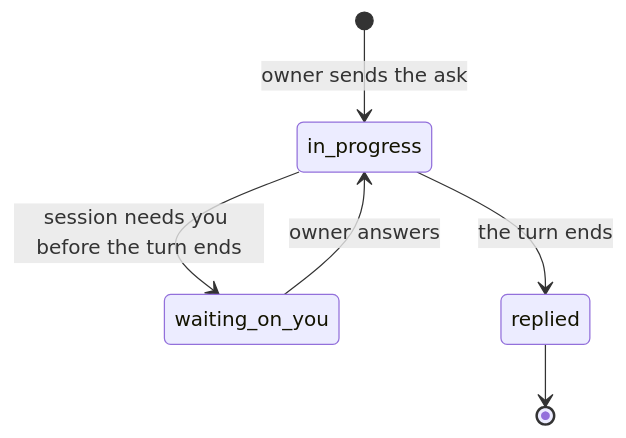
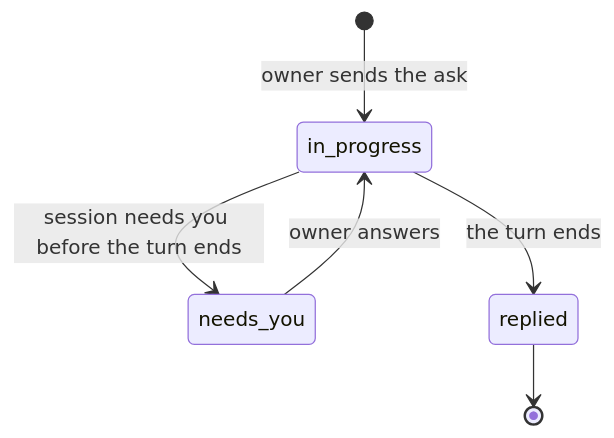
The second of 2 diagrams in changes/2026-11-13-agent-tracker/spec/ia.md (cdudek/calvins-claude-tools), drawn with Mermaid before and after one commit. The commit also changed 3 other files, not shown here.

````diff
--- a/changes/2026-11-13-agent-tracker/spec/ia.md
+++ b/changes/2026-11-13-agent-tracker/spec/ia.md
@@ -115,8 +115,8 @@
 ```mermaid
 stateDiagram-v2
     [*] --> in_progress: owner sends the ask
-    in_progress --> waiting_on_you: session needs you before the turn ends
-    waiting_on_you --> in_progress: owner answers
+    in_progress --> needs_you: session needs you before the turn ends
+    needs_you --> in_progress: owner answers
     in_progress --> replied: the turn ends
     replied --> [*]
 ```
````
